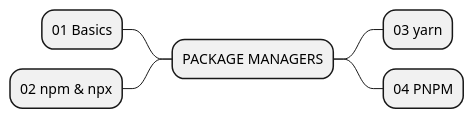
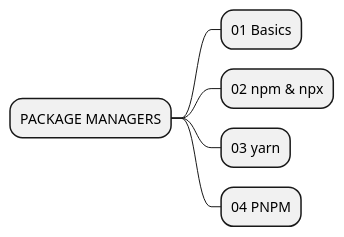
Before and after one commit to mrPronin/edu-web: the diagram in diagrams/06-Package-Managers.iuml, drawn with PlantUML. The commit also changed 7 other files, not shown here.

```diff
--- a/diagrams/06-Package-Managers.iuml
+++ b/diagrams/06-Package-Managers.iuml
@@ -1,15 +1,15 @@
 @startmindmap PACKAGE MANAGERS
 <style>
 node {
     MaximumWidth 150
-    HorizontalAlignment left
+    HorizontalAlignment center
 }
 </style>
 
 + PACKAGE MANAGERS
--- 01 Basics
--- 02 npm & npx
+++ 01 Basics
+++ 02 npm & npx
 ++ 03 yarn
 ++ 04 PNPM
 
 @endmindmap
```
